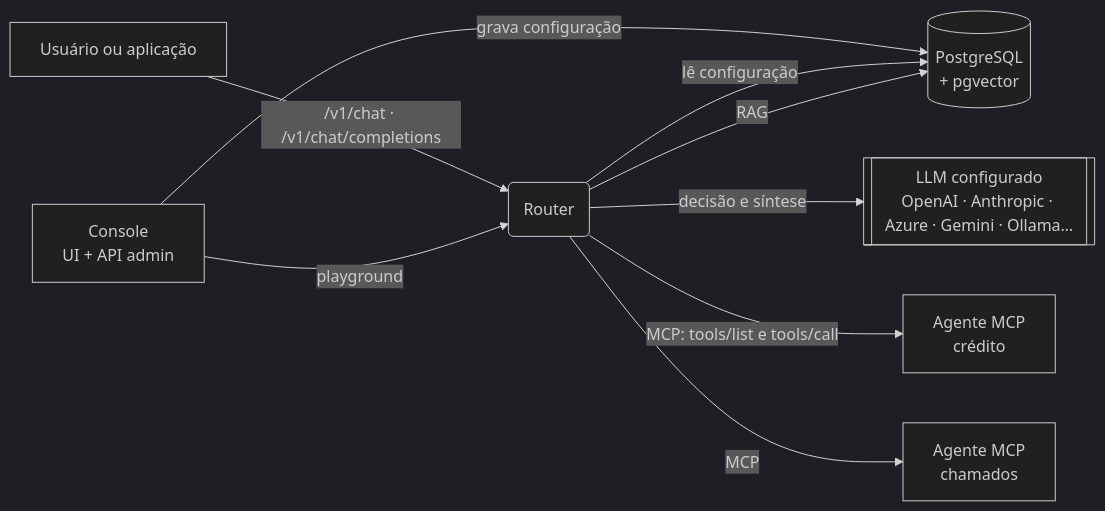
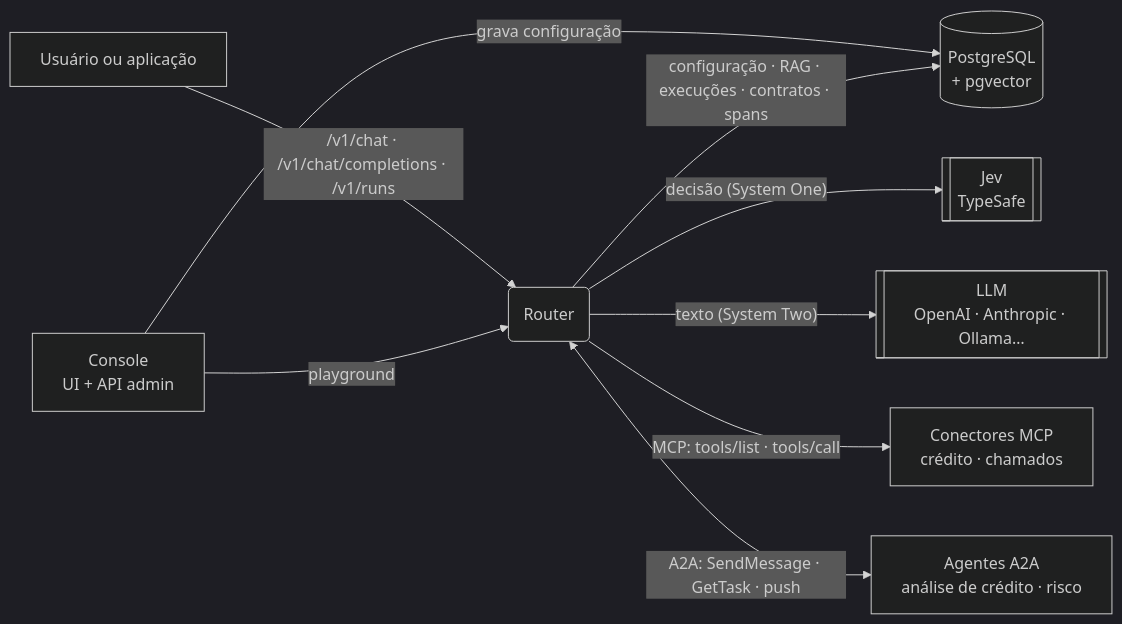
Before and after one commit to mavboas/switchboard: the diagram in README.md, drawn with Mermaid (dark theme). The commit also changed other lines of this file and 9 other files, not shown here.

````diff
--- a/README.md
+++ b/README.md
@@ -19,11 +22,11 @@
 ```mermaid
 flowchart LR
-    U[Usuário ou aplicação] -->|"/v1/chat · /v1/chat/completions"| R(Router)
+    U[Usuário ou aplicação] -->|"/v1/chat · /v1/chat/completions · /v1/runs"| R(Router)
     C["Console<br/>UI + API admin"] -->|grava configuração| DB[("PostgreSQL<br/>+ pgvector")]
-    R -->|lê configuração| DB
-    R -->|RAG| DB
-    R -->|"decisão e síntese"| L[["LLM configurado<br/>OpenAI · Anthropic · Azure · Gemini · Ollama…"]]
-    R -->|"MCP: tools/list e tools/call"| A1["Agente MCP<br/>crédito"]
-    R -->|MCP| A2["Agente MCP<br/>chamados"]
+    R -->|"configuração · RAG · execuções · contratos · spans"| DB
+    R -->|"decisão (System One)"| J[["Jev<br/>TypeSafe"]]
+    R -->|"texto (System Two)"| L[["LLM<br/>OpenAI · Anthropic · Ollama…"]]
+    R -->|"MCP: tools/list · tools/call"| M["Conectores MCP<br/>crédito · chamados"]
+    R <-->|"A2A: SendMessage · GetTask · push"| A["Agentes A2A<br/>análise de crédito · risco"]
     C -->|playground| R
 ```
````
